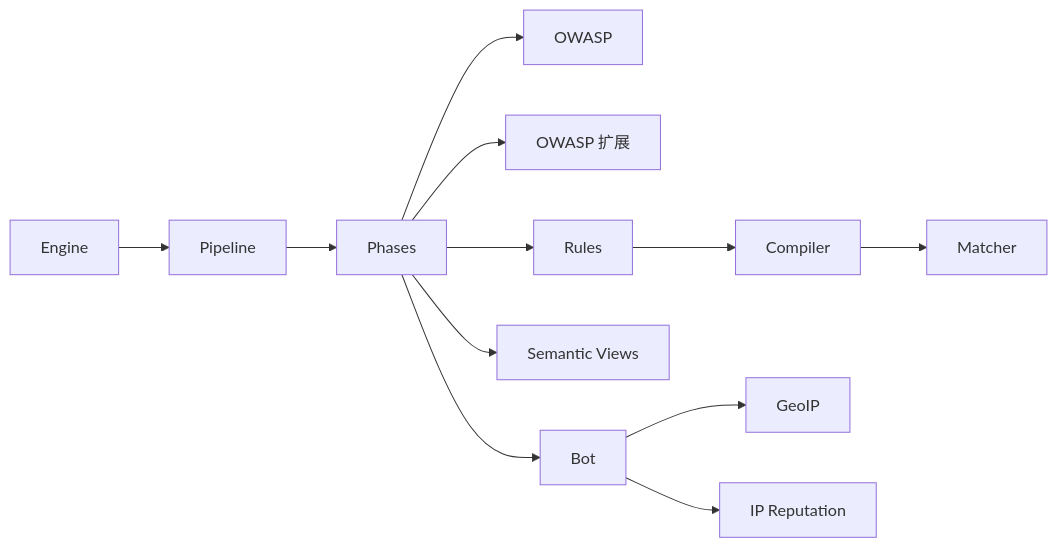
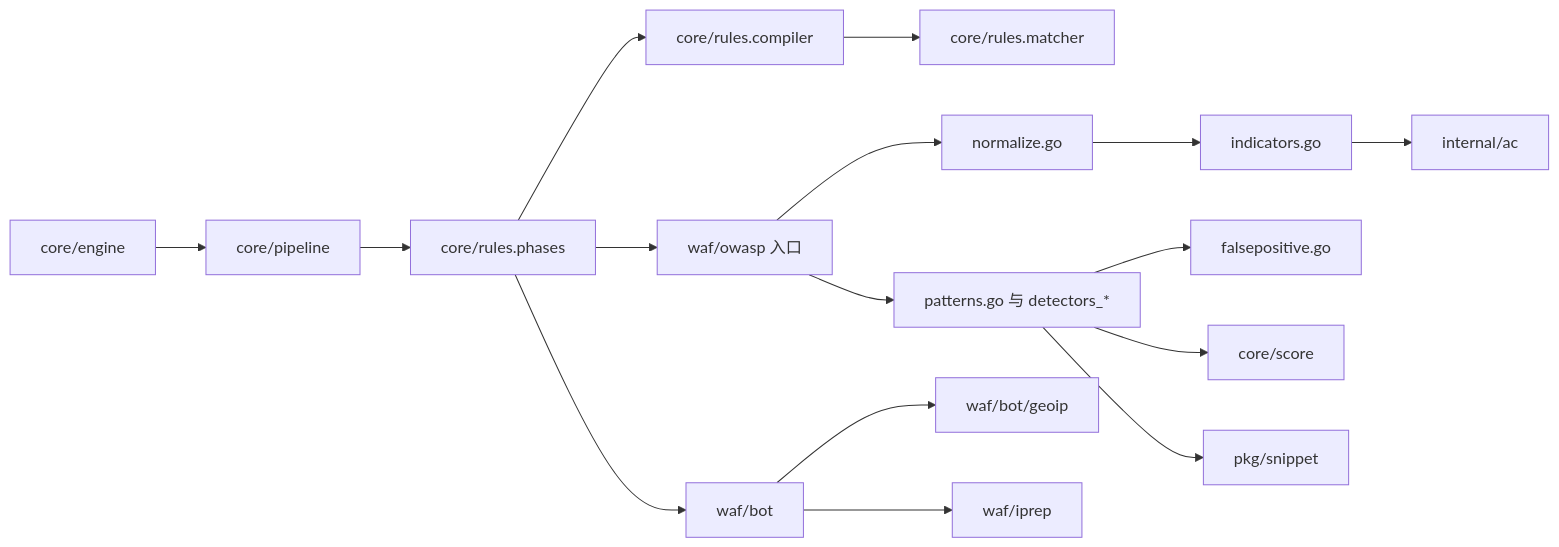
The ninth of 9 diagrams in docs/安全防护功能/OWASP 检测/检测算法与技术.md (x01n/My-OpenWaf), drawn with Mermaid before and after one commit. The commit also changed other lines of this file and 622 other files, not shown here.

````diff
--- a/docs/安全防护功能/OWASP 检测/检测算法与技术.md
+++ b/docs/安全防护功能/OWASP 检测/检测算法与技术.md
@@ -373,14 +615,18 @@
 ```mermaid
 graph LR
-Engine["Engine"] --> Pipeline["Pipeline"]
-Pipeline --> Phases["Phases"]
-Phases --> OWASP["OWASP"]
-Phases --> OWASPExt["OWASP 扩展"]
-Phases --> Bot["Bot"]
-Phases --> Semantic["Semantic Views"]
-Phases --> Rules["Rules"]
-Rules --> Compiler["Compiler"]
-Compiler --> Matcher["Matcher"]
-Bot --> GeoIP["GeoIP"]
-Bot --> IPRep["IP Reputation"]
+Engine["core/engine"] --> Pipeline["core/pipeline"]
+Pipeline --> Phases["core/rules.phases"]
+Phases --> OWASP["waf/owasp 入口"]
+Phases --> Compiler["core/rules.compiler"]
+Compiler --> Matcher["core/rules.matcher"]
+OWASP --> Normalize["normalize.go"]
+Normalize --> Indicators["indicators.go"]
+Indicators --> AC["internal/ac"]
+OWASP --> Patterns["patterns.go 与 detectors_*"]
+Patterns --> FP["falsepositive.go"]
+Patterns --> Score["core/score"]
+Phases --> Bot["waf/bot"]
+Bot --> GeoIP["waf/bot/geoip"]
+Bot --> IPRep["waf/iprep"]
+Patterns --> Snippet["pkg/snippet"]
 ```
````
